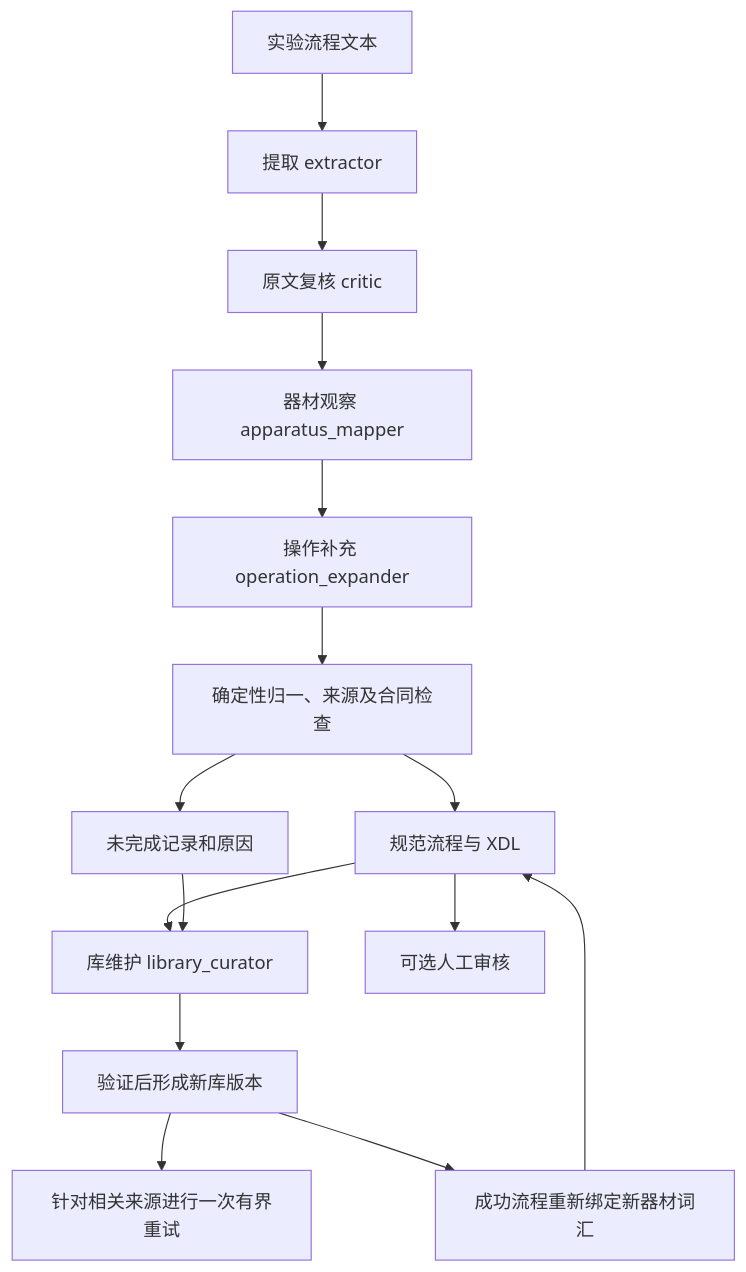
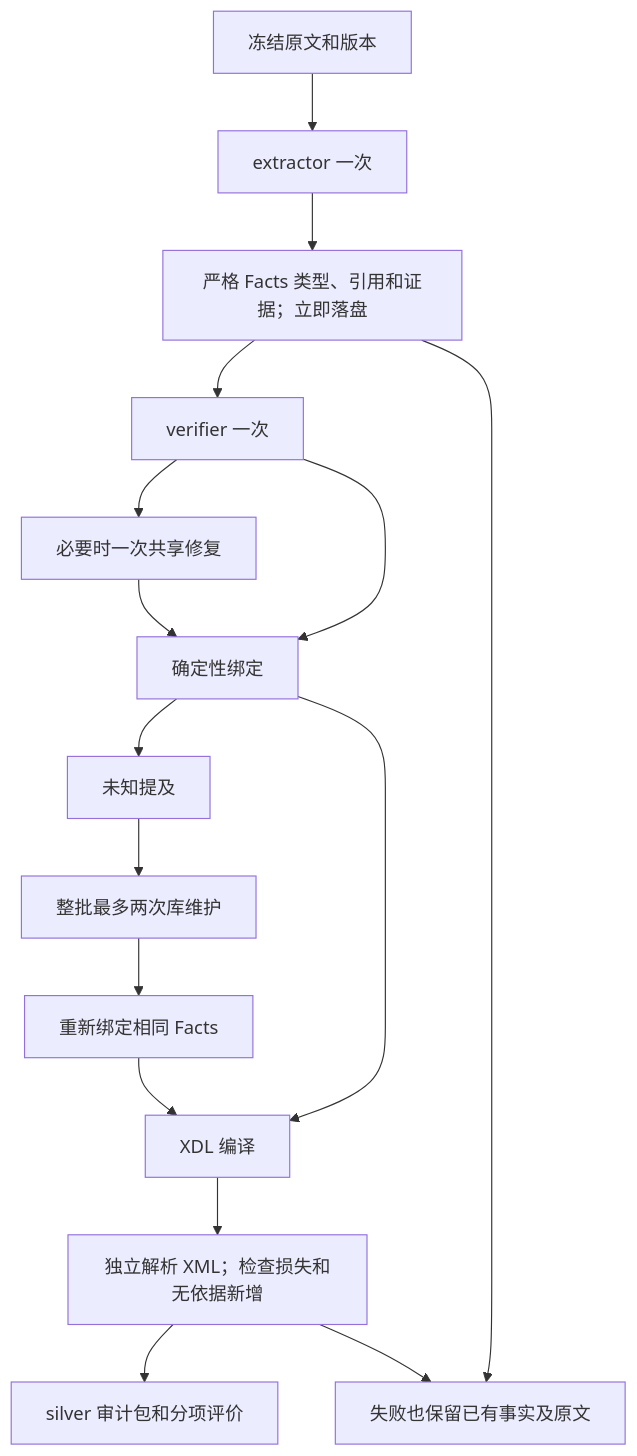
The diagram in docs/ARCHITECTURE.md (Novakru/2030-Project), drawn with Mermaid before and after one commit. The commit also changed other lines of this file and 77 other files, not shown here.

Commit message:
refactor: unify source facts and bound extraction with independent XDL evaluation

````diff
--- a/docs/ARCHITECTURE.md
+++ b/docs/ARCHITECTURE.md
@@ -5,17 +5,18 @@
 ```mermaid
 flowchart TD
-  T[实验流程文本] --> E[提取 extractor]
-  E --> C[原文复核 critic]
-  C --> M[器材观察 apparatus_mapper]
-  M --> X[操作补充 operation_expander]
-  X --> N[确定性归一、来源及合同检查]
-  N --> O[规范流程与 XDL]
-  N --> U[未完成记录和原因]
-  O --> L[库维护 library_curator]
-  U --> L
-  L --> V[验证后形成新库版本]
-  V --> R[针对相关来源进行一次有界重试]
-  V --> B[成功流程重新绑定新器材词汇]
-  B --> O
-  O --> A[可选人工审核]
+  T[冻结原文和版本] --> E[extractor 一次]
+  E --> F[严格 Facts 类型、引用和证据；立即落盘]
+  F --> V[verifier 一次]
+  V --> R[必要时一次共享修复]
+  V --> B[确定性绑定]
+  R --> B
+  B --> U[未知提及]
+  U --> L[整批最多两次库维护]
+  L --> B2[重新绑定相同 Facts]
+  B --> C[XDL 编译]
+  B2 --> C
+  C --> Q[独立解析 XML；检查损失和无依据新增]
+  Q --> A[silver 审计包和分项评价]
+  F --> X[失败也保留已有事实及原文]
+  Q --> X
 ```
````
